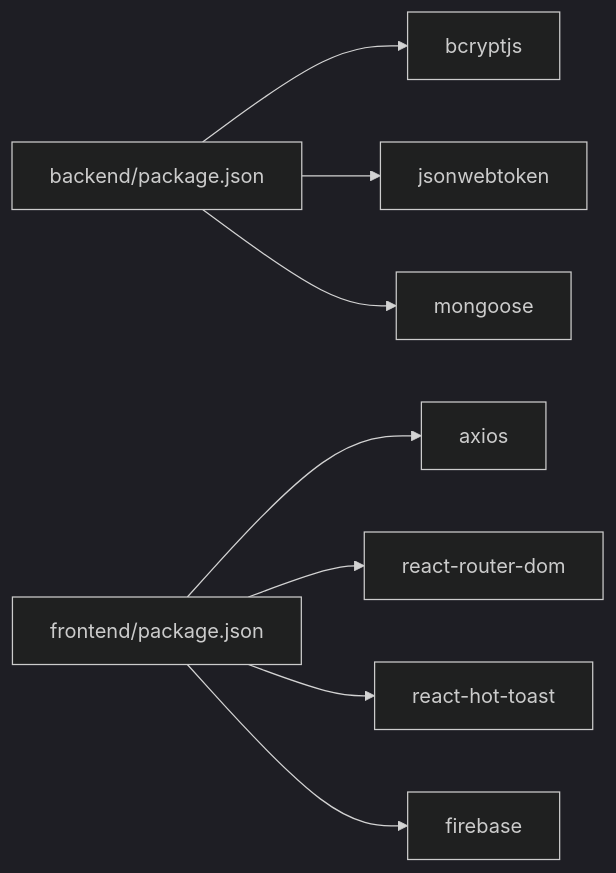
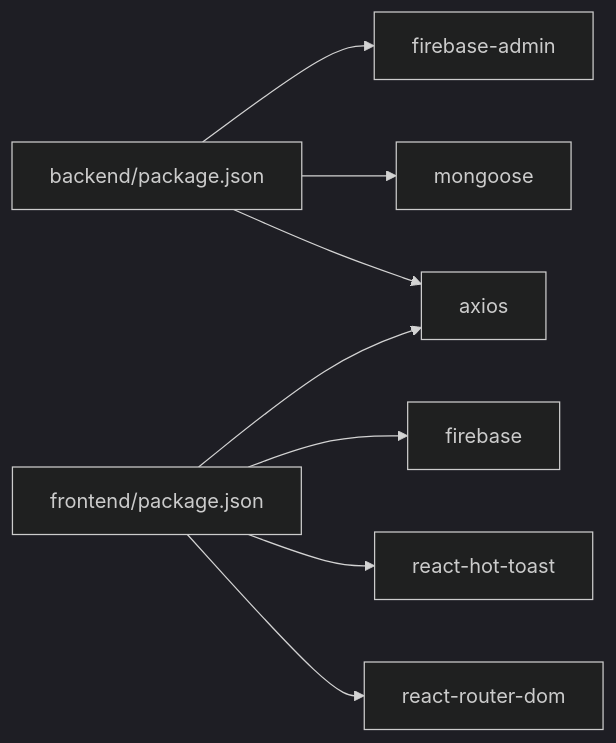
Before and after one commit to Pavan-PSPK9032/TrendsandToss: the sixth of 7 diagrams in .qoder/repowiki/en/content/Authentication & Authorization/Login & Registration Process.md, drawn with Mermaid (dark theme). The commit also changed other lines of this file and 9 other files, not shown here.

````diff
--- a/.qoder/repowiki/en/content/Authentication & Authorization/Login & Registration Process.md
+++ b/.qoder/repowiki/en/content/Authentication & Authorization/Login & Registration Process.md
@@ -499,10 +293,10 @@
 ```mermaid
 graph LR
-BE_PKG["backend/package.json"] --> BC["bcryptjs"]
-BE_PKG --> JWT["jsonwebtoken"]
+BE_PKG["backend/package.json"] --> FB_ADMIN["firebase-admin"]
 BE_PKG --> MONGO["mongoose"]
-FE_PKG["frontend/package.json"] --> AX["axios"]
+BE_PKG --> AXIOS["axios"]
+FE_PKG["frontend/package.json"] --> FIRE["firebase"]
+FE_PKG --> AXIOS
+FE_PKG --> RT["react-hot-toast"]
 FE_PKG --> RR["react-router-dom"]
-FE_PKG --> RT["react-hot-toast"]
-FE_PKG --> FIRE["firebase"]
 ```
````
